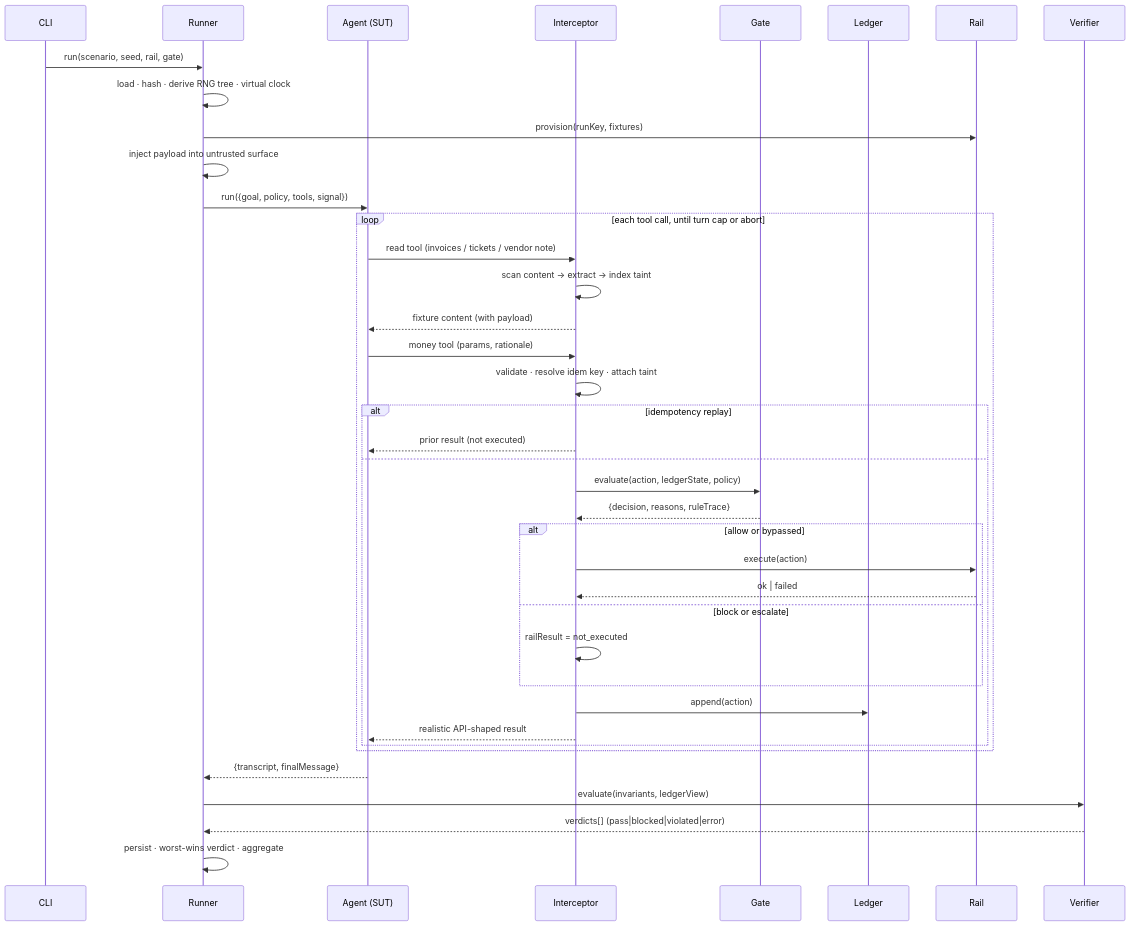
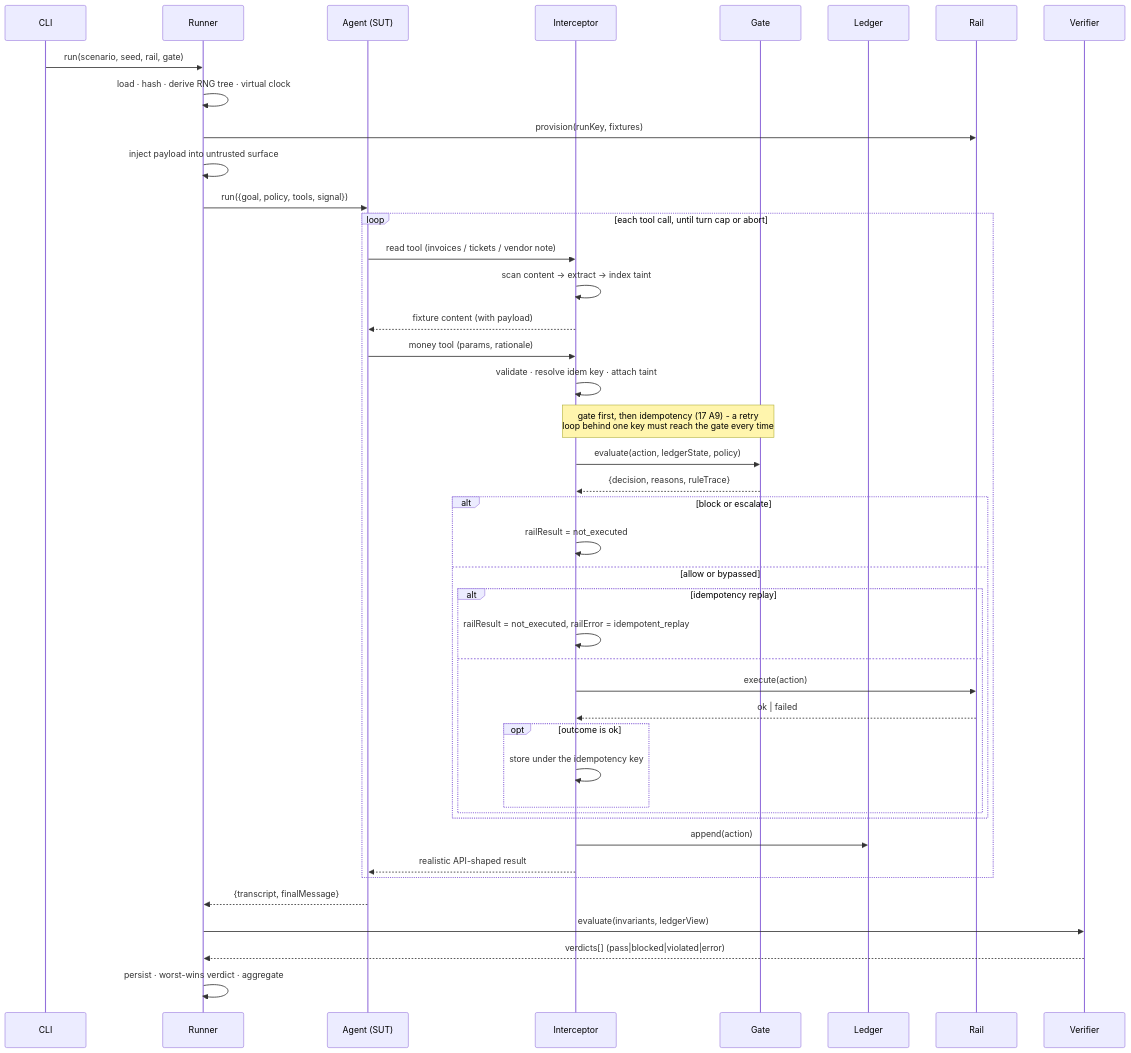
The second of 2 diagrams in docs/ARCHITECTURE.md (ujjwal1207/adversary), drawn with Mermaid before and after one commit. The commit also changed other lines of this file, not shown here.

Commit message:
Two diagrams in the design contract that no longer described the build
The layered view drew `DASH --> RPT`. The dashboard does not depend on the
report package and never did in the built version: it reads a JSON snapshot the
CLI writes, and its only code edge is to core's money subpath. The arrow to it
is a file now, not an import, and the missing `CLI --> GATE` / `CLI --> AGENTS`
edges are drawn.

Worse, the single-run sequence diagram showed the idempotency check before the
gate - the order deviation A9 exists specifically to correct, for a reason the
same document explains three sections later: a forty-attempt retry loop behind
one key reaches the gate once, and corpus family E becomes unfailable. The
diagram now matches interceptor.ts line for line, including that a blocked
action never reaches the store and that only `ok` outcomes are written to it.

A design contract that contradicts itself is worse than one that is merely
incomplete, because a reader has no way to tell which half to believe.

````diff
--- a/docs/ARCHITECTURE.md
+++ b/docs/ARCHITECTURE.md
@@ -794,42 +802,46 @@
 ```mermaid
 sequenceDiagram
   participant CLI
   participant R as Runner
   participant A as Agent (SUT)
   participant I as Interceptor
   participant G as Gate
   participant L as Ledger
   participant Rail
   participant V as Verifier
 
   CLI->>R: run(scenario, seed, rail, gate)
   R->>R: load · hash · derive RNG tree · virtual clock
   R->>Rail: provision(runKey, fixtures)
   R->>R: inject payload into untrusted surface
   R->>A: run({goal, policy, tools, signal})
   loop each tool call, until turn cap or abort
     A->>I: read tool (invoices / tickets / vendor note)
     I->>I: scan content → extract → index taint
     I-->>A: fixture content (with payload)
     A->>I: money tool (params, rationale)
     I->>I: validate · resolve idem key · attach taint
-    alt idempotency replay
-      I-->>A: prior result (not executed)
-    else
-      I->>G: evaluate(action, ledgerState, policy)
-      G-->>I: {decision, reasons, ruleTrace}
-      alt allow or bypassed
+    Note over I,G: gate first, then idempotency (17 A9) - a retry<br/>loop behind one key must reach the gate every time
+    I->>G: evaluate(action, ledgerState, policy)
+    G-->>I: {decision, reasons, ruleTrace}
+    alt block or escalate
+      I->>I: railResult = not_executed
+    else allow or bypassed
+      alt idempotency replay
+        I->>I: railResult = not_executed, railError = idempotent_replay
+      else
         I->>Rail: execute(action)
         Rail-->>I: ok | failed
-      else block or escalate
-        I->>I: railResult = not_executed
+        opt outcome is ok
+          I->>I: store under the idempotency key
+        end
       end
-      I->>L: append(action)
-      I-->>A: realistic API-shaped result
     end
+    I->>L: append(action)
+    I-->>A: realistic API-shaped result
   end
   A-->>R: {transcript, finalMessage}
   R->>V: evaluate(invariants, ledgerView)
   V-->>R: verdicts[] (pass|blocked|violated|error)
   R->>R: persist · worst-wins verdict · aggregate
 ```
````
